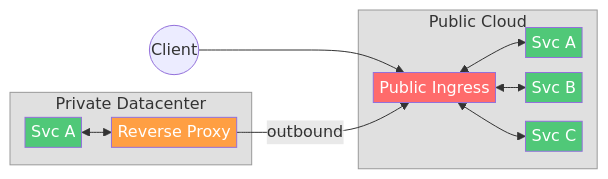
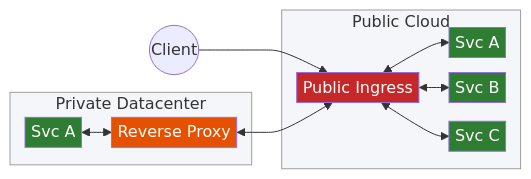
One commit to agntcy/blogs changed the first of 7 diagrams in presentations/slim-multicluster-demo/slim-multicluster-demo.md. Above: the diagram before and after it, drawn with Mermaid. The commit also changed other lines of this file, not shown here.

````diff
--- a/presentations/slim-multicluster-demo/slim-multicluster-demo.md
+++ b/presentations/slim-multicluster-demo/slim-multicluster-demo.md
@@ -20,23 +20,23 @@
 ```mermaid
 %%{init: {'flowchart': {'nodeSpacing': 15, 'rankSpacing': 30, 'padding': 3}}}%%
 graph LR
     subgraph PRV["Private Datacenter"]
         S4[Svc A] <--> RP[Reverse Proxy]
     end
     subgraph PUB["Public Cloud"]
         IG[Public Ingress]
         IG <--> S1[Svc A]
         IG <--> S2[Svc B]
         IG <--> S3[Svc C]
     end
     C((Client)) --> IG
-    RP -- "outbound" --> IG
-    style IG fill:#FF6B6B,color:#fff
-    style RP fill:#FF9F43,color:#fff
-    style PUB fill:#e0e0e0,stroke:#999,color:#333
-    style PRV fill:#e0e0e0,stroke:#999,color:#333
-    style S1 fill:#50C878,color:#fff
-    style S2 fill:#50C878,color:#fff
-    style S3 fill:#50C878,color:#fff
-    style S4 fill:#50C878,color:#fff
+    RP <--> IG
+    style IG fill:#C62828,color:#fff
+    style RP fill:#E65100,color:#fff
+    style PUB fill:#F5F6FA,stroke:#9E9E9E,color:#333
+    style PRV fill:#F5F6FA,stroke:#9E9E9E,color:#333
+    style S1 fill:#2E7D32,color:#fff
+    style S2 fill:#2E7D32,color:#fff
+    style S3 fill:#2E7D32,color:#fff
+    style S4 fill:#2E7D32,color:#fff
 ```
````
